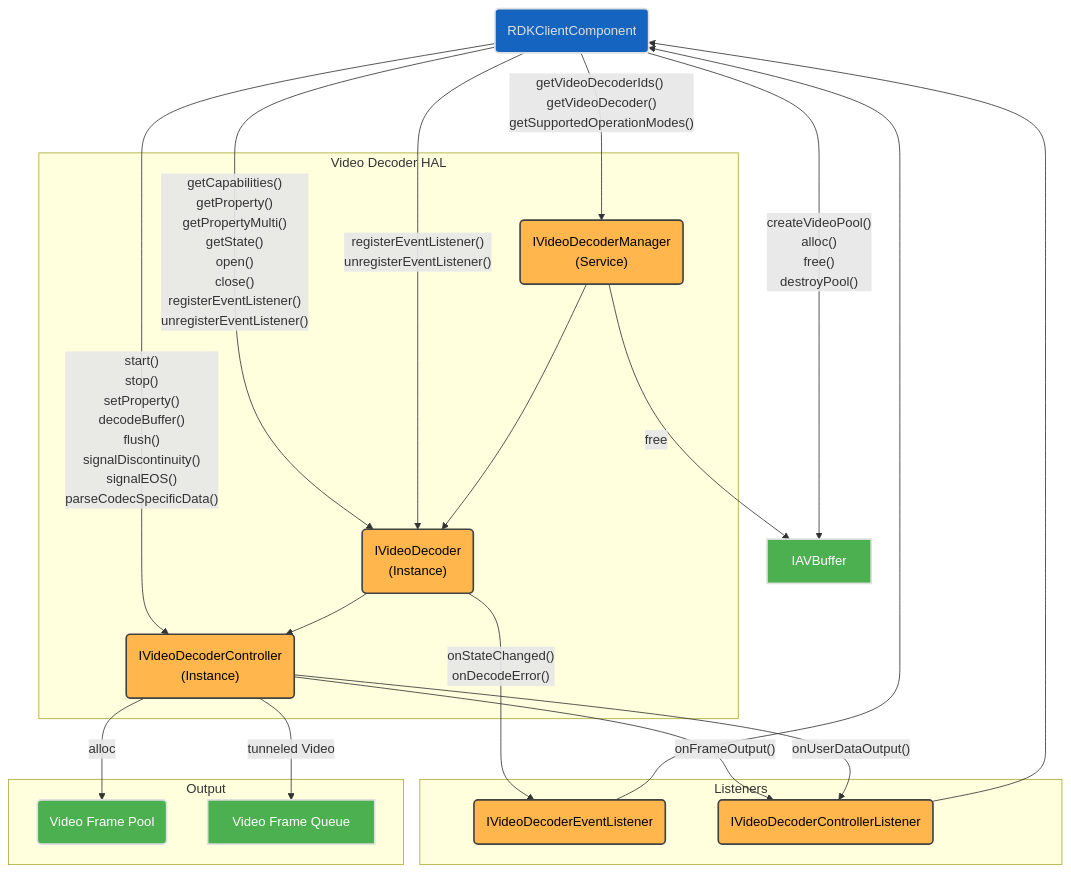
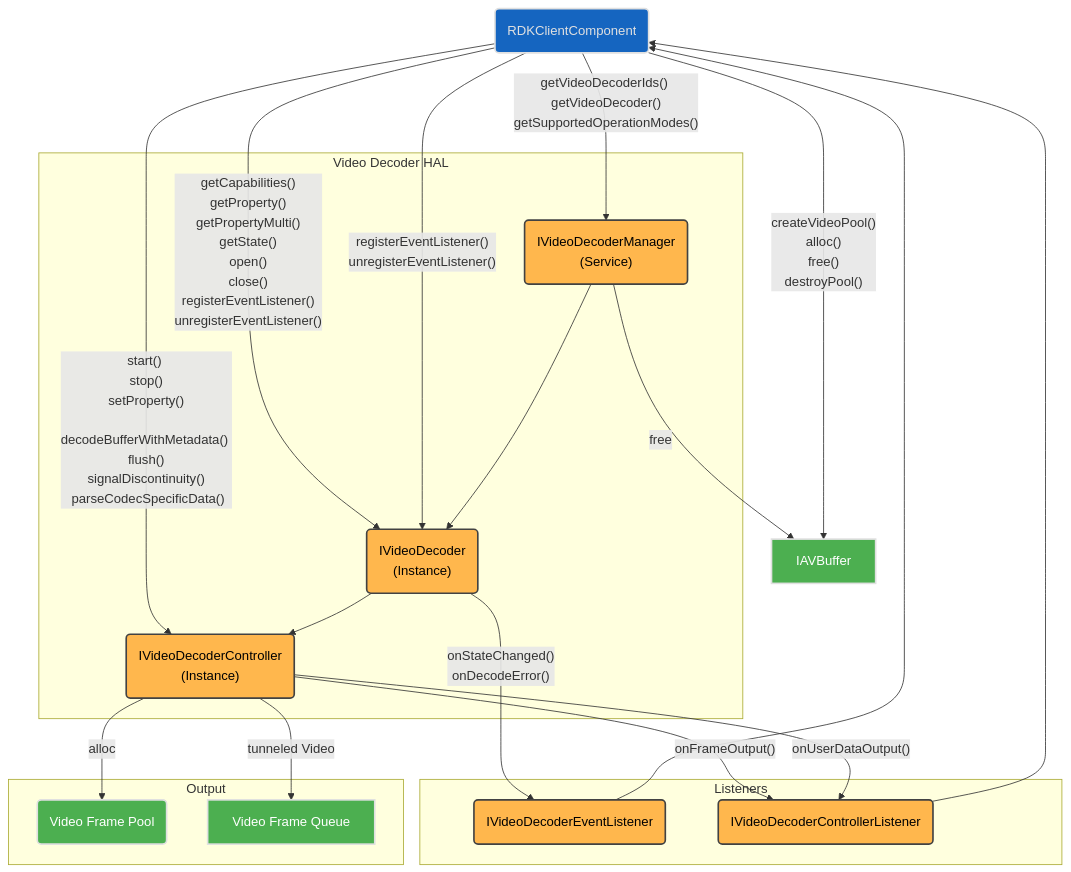
One commit to rdkcentral/rdk-halif-aidl changed the first of 3 diagrams in docs/halif/video_decoder/current/video_decoder.md. Above: the diagram before and after it, drawn with Mermaid. The commit also changed other lines of this file and 1 other file, not shown here.

First line of the commit message:
docs(decoder): update video_decoder.md and audio_decoder.md for new EOS model (#403)

````diff
--- a/docs/halif/video_decoder/current/video_decoder.md
+++ b/docs/halif/video_decoder/current/video_decoder.md
@@ -98,48 +98,48 @@
 ```mermaid
 flowchart TD
     RDKClientComponent("RDKClientComponent")
     subgraph Listeners["Listeners"]
         IVideoDecoderEventListener("IVideoDecoderEventListener")
         IVideoDecoderControllerListener("IVideoDecoderControllerListener")
     end
     subgraph IVideoDecoderHAL["Video Decoder HAL"]
         IVideoDecoderManager("IVideoDecoderManager <br>(Service)")
         IVideoDecoder("IVideoDecoder <br>(Instance)")
         IVideoDecoderController("IVideoDecoderController <br>(Instance)")
     end
     subgraph OutputComponents["Output"]
         VideoFramePool("Video Frame Pool")
         VideoFrameQueue["Video Frame Queue"]
     end
     RDKClientComponent -- createVideoPool() <br> alloc() <br> free() <br> destroyPool() --> IAVBuffer
     RDKClientComponent -- getVideoDecoderIds() <br> getVideoDecoder() getSupportedOperationModes()--> IVideoDecoderManager
     RDKClientComponent -- getCapabilities() <br> getProperty() <br> getPropertyMulti() <br> getState() <br> open() <br> close() <br> registerEventListener() <br> unregisterEventListener()--> IVideoDecoder
     RDKClientComponent -- registerEventListener() <br> unregisterEventListener() --> IVideoDecoder
-    RDKClientComponent -- start() <br> stop() <br> setProperty() <br> decodeBuffer() <br> flush() <br> signalDiscontinuity() <br> signalEOS() <br> parseCodecSpecificData() --> IVideoDecoderController
+    RDKClientComponent -- start() <br> stop() <br> setProperty() <br> decodeBufferWithMetadata() <br> flush() <br> signalDiscontinuity() <br> parseCodecSpecificData() --> IVideoDecoderController
     IVideoDecoderManager --> IVideoDecoder --> IVideoDecoderController
     IVideoDecoder -- onStateChanged() <br> onDecodeError() --> IVideoDecoderEventListener
     IVideoDecoderEventListener --> RDKClientComponent
     IVideoDecoderControllerListener --> RDKClientComponent
     IVideoDecoderController -- onFrameOutput() --> IVideoDecoderControllerListener
     IVideoDecoderController -- onUserDataOutput() --> IVideoDecoderControllerListener
     IVideoDecoderController -- alloc --> VideoFramePool
     IVideoDecoderManager -- free --> IAVBuffer
     IVideoDecoderController -- tunneled Video --> VideoFrameQueue
 
     classDef background fill:#121212,stroke:none,color:#E0E0E0;
     classDef blue fill:#1565C0,stroke:#E0E0E0,stroke-width:2px,color:#E0E0E0;
     classDef lightGrey fill:#616161,stroke:#E0E0E0,stroke-width:2px,color:#FFFFFF;
     classDef wheat fill:#FFB74D,stroke:#424242,stroke-width:2px,color:#000000;
     classDef green fill:#4CAF50,stroke:#E0E0E0,stroke-width:2px,color:#FFFFFF;
     classDef default fill:#1E1E1E,stroke:#E0E0E0,stroke-width:1px,color:#E0E0E0;
 
     RDKClientComponent:::blue
     IVideoDecoderManager:::wheat
     IVideoDecoderController:::wheat
     IVideoDecoder:::wheat
     IAVBuffer:::green
     IVideoDecoderControllerListener:::wheat
     IVideoDecoderEventListener:::wheat
     VideoFramePool:::green
     VideoFrameQueue:::green
 ```
````
